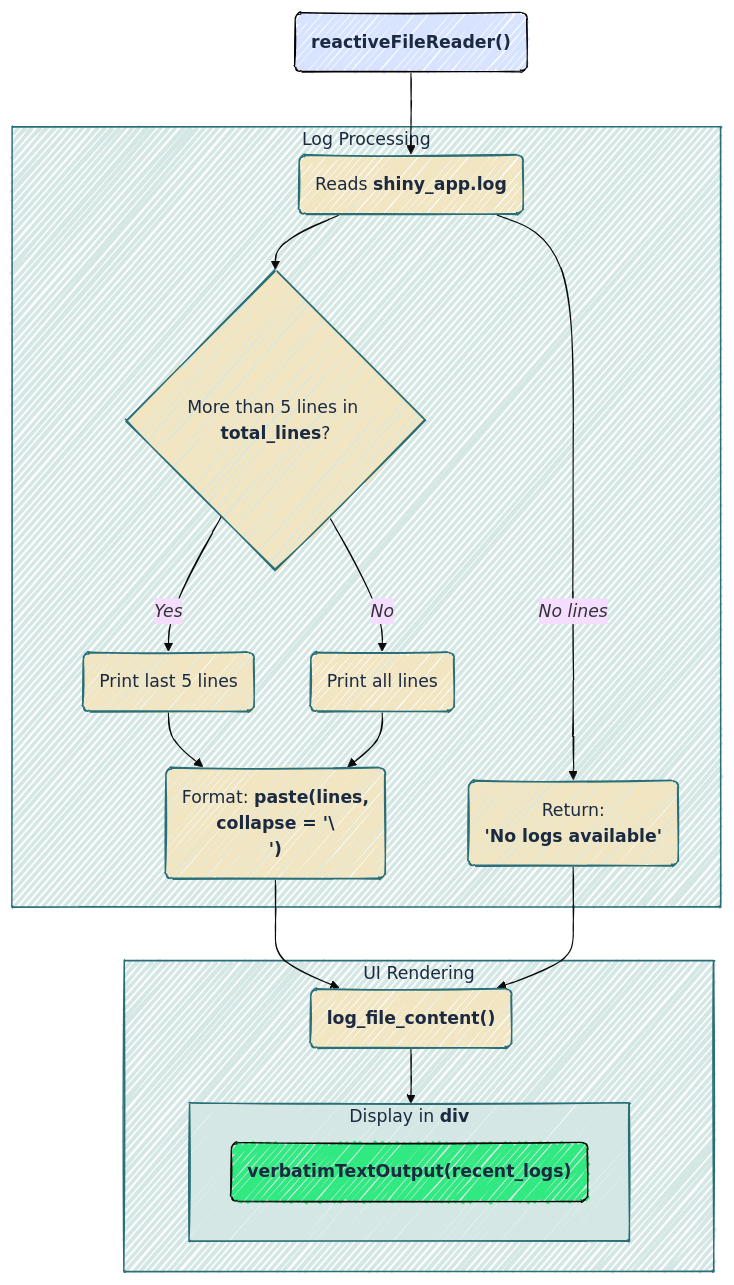
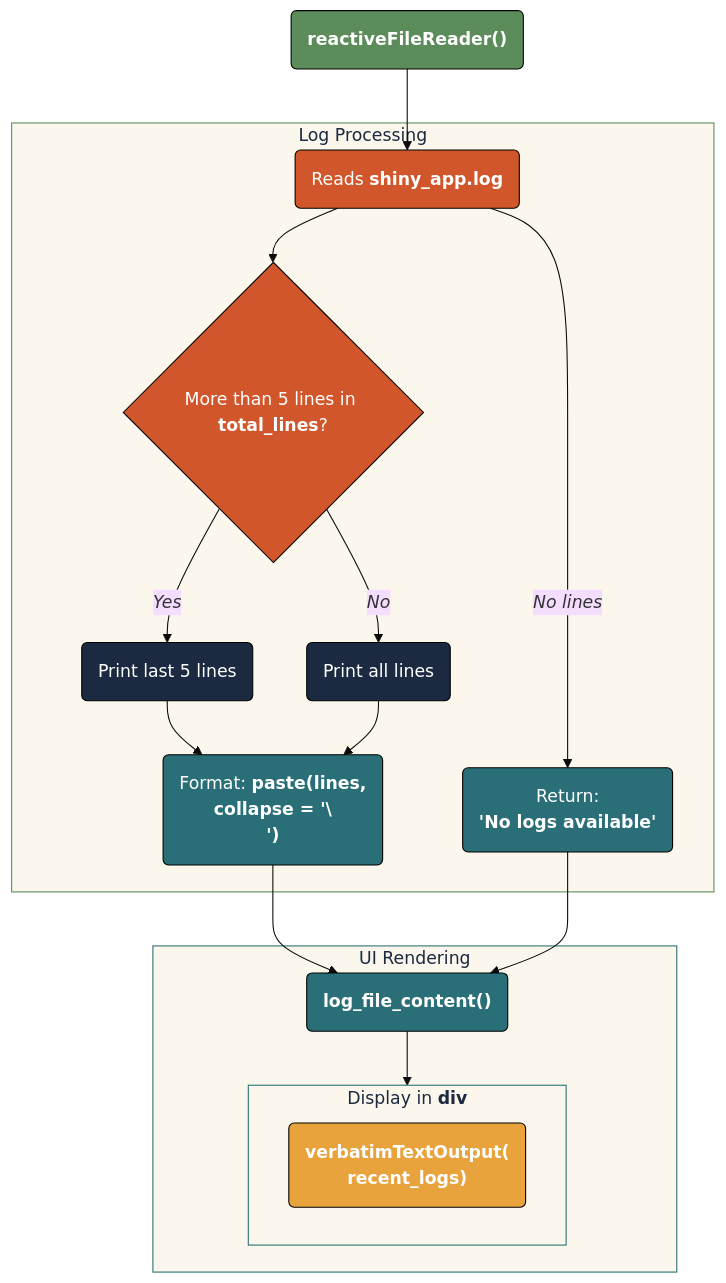
Before and after one commit to mjfrigaard/do4ds-labs: the third of 3 diagrams in app-log-r.qmd, drawn with Mermaid. The commit also changed other lines of this file and 48 other files, not shown here.

````diff
--- a/app-log-r.qmd
+++ b/app-log-r.qmd
@@ -649,49 +643,55 @@
 ```{mermaid}
 %%| fig-cap: 'Displaying logs'
-%%| fig-align: center
+%%| fig-align: 'center'
 %%| fig-width: 7.0
-%%{init: {'theme': 'base', 'look': 'handDrawn', 'themeVariables': {'fontFamily': 'monospace'}}}%%
+%%{init: {'theme': 'base', 'themeVariables': {'fontFamily': 'monospace'}}}%%
 
 flowchart TD
   A("<strong>reactiveFileReader()</strong> ")
 
  subgraph LogProc["Log Processing"]
         H("Reads <strong>shiny_app.log</strong>")
         I{"More than 5 lines in <strong>total_lines</strong>?"}
         J("Print last 5 lines")
         K("Print all lines")
         L("Format: <strong>paste(lines,</strong><br><strong>collapse = '\\n')</strong>")
         M("Return:<br><strong>'No logs available'</strong>")
   end
 
     A --> H
     H --> I
     I -- "<em>Yes</em" --> J
     I -- "<em>No</em>" --> K
     J --> L
     K --> L
     H -- "<em>No lines</em>"--> M
 
  subgraph UI["UI Rendering"]
      N("<strong>log_file_content()</strong>")
      subgraph P["Display in <strong>div</strong>"]
-         O("<strong>verbatimTextOutput(recent_logs)</strong>")
+         O("<strong>verbatimTextOutput(<br>recent_logs)</strong>")
      end
   end
   
   L & M --> N
   N --> P
 
-	style A stroke-width:1px
-    
-    classDef log fill:#d8e4ff,stroke:#000,stroke-width:1px
+    style A fill:#5B8C5A,stroke:#000000,stroke-width:1px,color:#ffffff
+
+    classDef log fill:#5B8C5A,stroke:#000000,stroke-width:1px,color:#ffffff
     class A log
-    
-    classDef outcome fill:#31e981,stroke:#000,stroke-width:1px
+
+    classDef outcome fill:#E8A33D,stroke:#000000,stroke-width:1px,color:#ffffff
     class O outcome
-    classDef default fill:#F2E6C2,stroke:#2A6F77,color:#1B2A41
-    style LogProc fill:#d4e7e4,stroke:#2A6F77,color:#1B2A41
-    style UI fill:#d4e7e4,stroke:#2A6F77,color:#1B2A41
-    style P fill:#d4e7e4,stroke:#2A6F77,color:#1B2A41
+    style H fill:#D2562B,stroke:#000000,stroke-width:1px,color:#ffffff
+    style I fill:#D2562B,stroke:#000000,stroke-width:1px,color:#ffffff
+    style J fill:#1B2A41,stroke:#000000,stroke-width:1px,color:#ffffff
+    style K fill:#1B2A41,stroke:#000000,stroke-width:1px,color:#ffffff
+    style L fill:#2A6F77,stroke:#000000,stroke-width:1px,color:#ffffff
+    style M fill:#2A6F77,stroke:#000000,stroke-width:1px,color:#ffffff
+    style N fill:#2A6F77,stroke:#000000,stroke-width:1px,color:#ffffff
+    style LogProc fill:#fbf7ec,stroke:#5B8C5A,color:#1B2A41
+    style UI fill:#fbf7ec,stroke:#2A6F77,color:#1B2A41
+    style P fill:#fbf7ec,stroke:#2A6F77,color:#1B2A41
 
 ```
````
